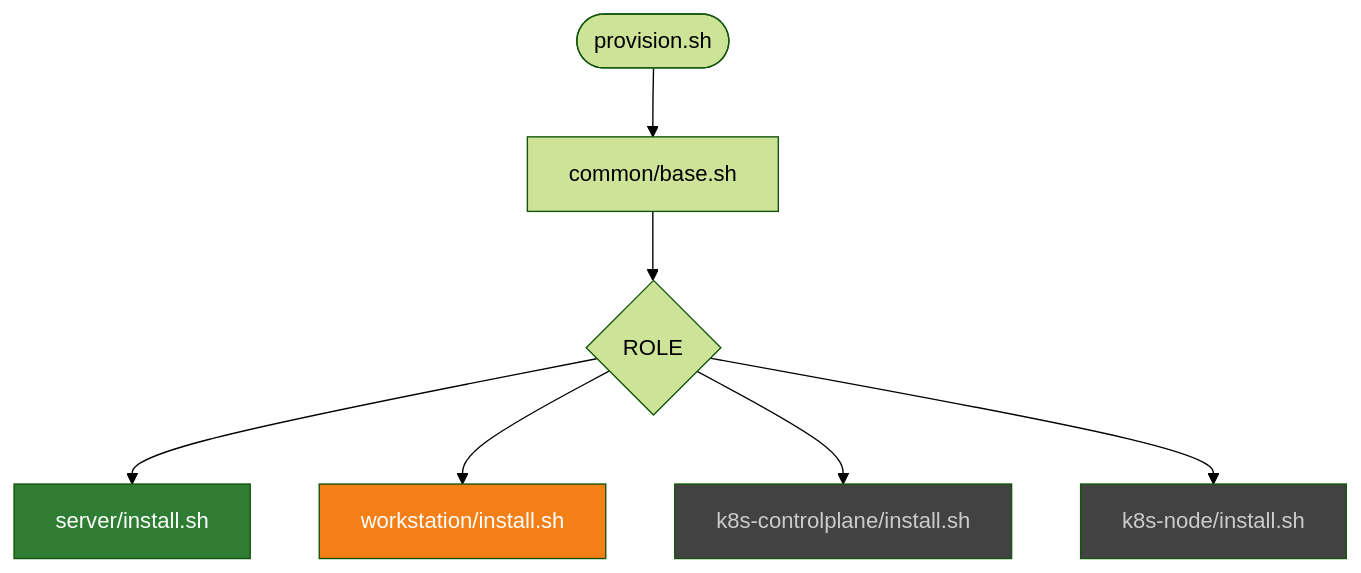
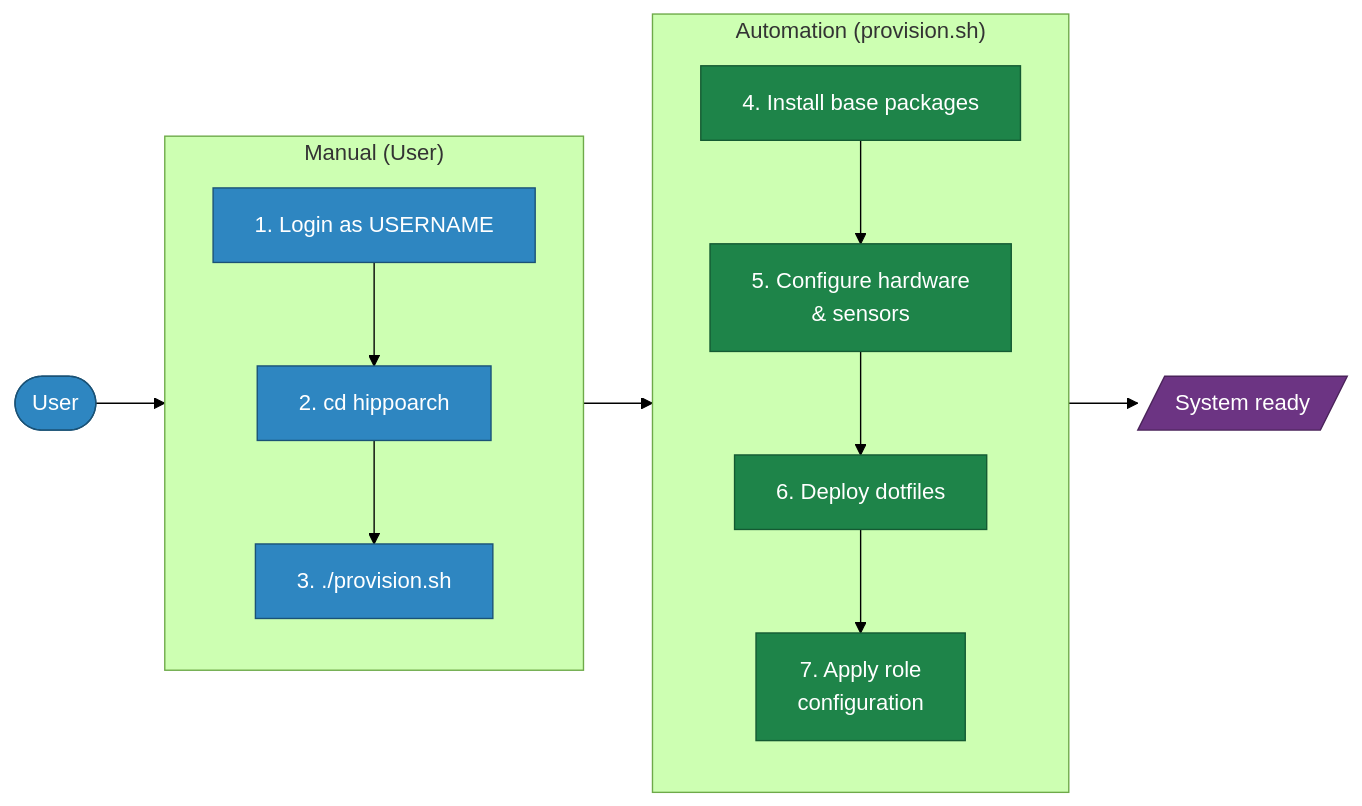
One commit to hipponix/hippoarch changed the second of 2 diagrams in README.md. Above: the diagram before and after it, drawn with Mermaid (forest theme). The commit also changed other lines of this file, not shown here.

First line of the commit message:
docs: restore original intro and installation diagrams (#12)

````diff
--- a/README.md
+++ b/README.md
@@ -90,16 +113,29 @@
 ```mermaid
-flowchart TD
-    A([provision.sh]) --> B[common/base.sh]
-    B --> C{ROLE}
-    C --> D["server/install.sh"]
-    C --> E["workstation/install.sh"]
-    C --> F["k8s-controlplane/install.sh"]
-    C --> G["k8s-node/install.sh"]
+flowchart LR
+    classDef user    fill:#2E86C1,stroke:#1A5276,color:#fff
+    classDef auto    fill:#1E8449,stroke:#145A32,color:#fff
+    classDef outcome fill:#6C3483,stroke:#4A235A,color:#fff
 
-    classDef done fill:#2e7d32,color:#fff
-    classDef wip  fill:#f57f17,color:#fff
-    classDef stub fill:#424242,color:#ccc
-    class D done
-    class E wip
-    class F,G stub
+    User(["User"]):::user
+
+    subgraph msteps["Manual (User)"]
+        direction TB
+        M1["1. Login as USERNAME"]:::user
+        M2["2. cd hippoarch"]:::user
+        M3["3. ./provision.sh"]:::user
+        M1 --> M2 --> M3
+    end
+
+    subgraph asteps["Automation (provision.sh)"]
+        direction TB
+        P1["4. Install base packages"]:::auto
+        P2["5. Configure hardware\n& sensors"]:::auto
+        P3["6. Deploy dotfiles"]:::auto
+        P4["7. Apply role\nconfiguration"]:::auto
+        P1 --> P2 --> P3 --> P4
+    end
+
+    Ready[/"System ready"/]:::outcome
+
+    User --> msteps --> asteps --> Ready
 ```
````
